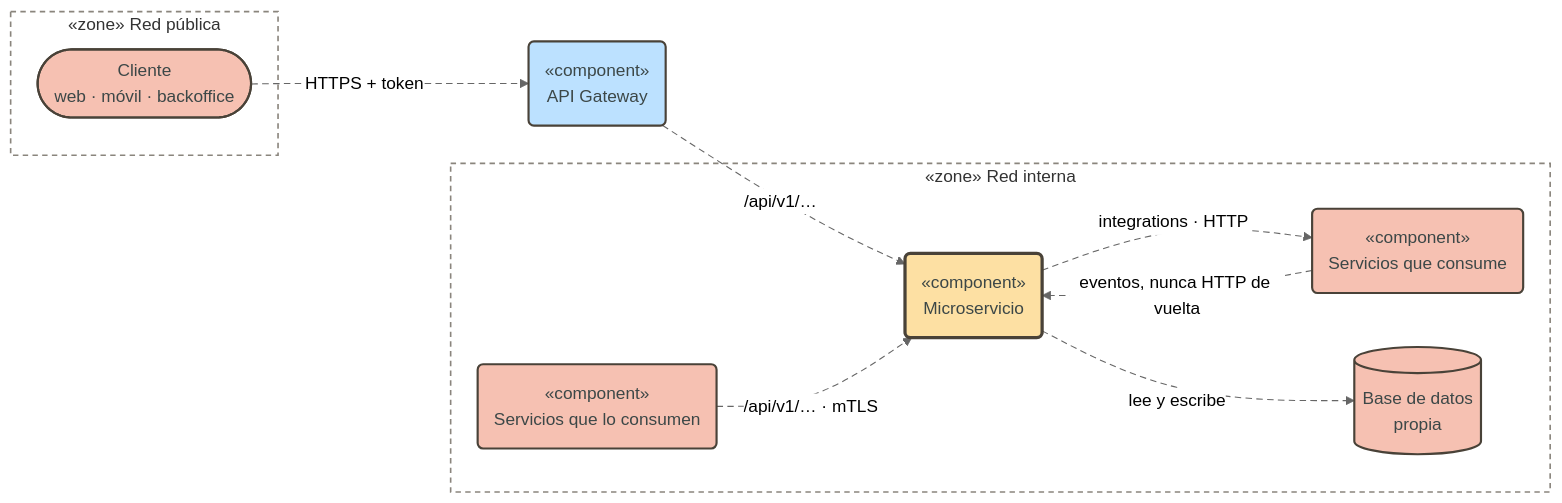
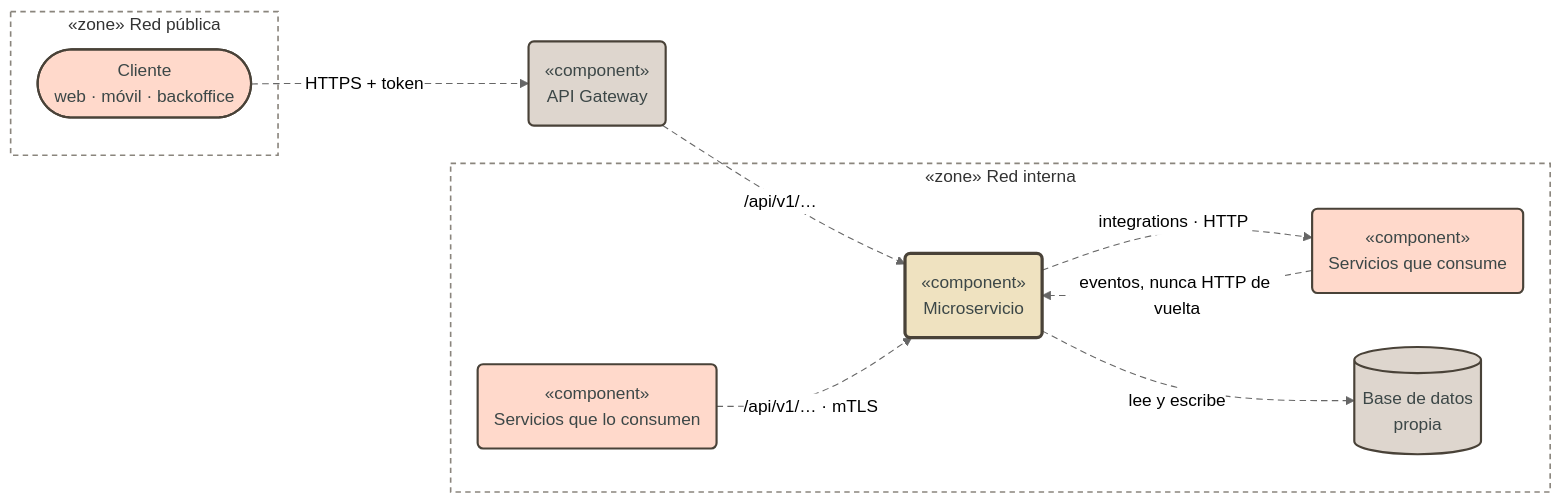
Before and after one commit to pcarroza91/nest-template: the first of 15 diagrams in docs/architecture/modular-microservice.md, drawn with Mermaid (neutral theme). The commit also changed other lines of this file and 2 other files, not shown here.

First line of the commit message:
docs(architecture): colores por capa y componente en los diagramas Mermaid

````diff
--- a/docs/architecture/modular-microservice.md
+++ b/docs/architecture/modular-microservice.md
@@ -44,30 +44,30 @@
 ```mermaid
 flowchart LR
     subgraph PUB["«zone» Red pública"]
         C(["Cliente<br/>web · móvil · backoffice"])
     end
     GW("«component»<br/>API Gateway")
     subgraph INT["«zone» Red interna"]
         UP("«component»<br/>Servicios que lo consumen")
         MS("«component»<br/>Microservicio")
         DOWN("«component»<br/>Servicios que consume")
         DB[("Base de datos<br/>propia")]
     end
 
     C -- "HTTPS + token" --> GW
     GW -- "/api/v1/…" --> MS
     UP -- "/api/v1/… · mTLS" --> MS
     MS -- "integrations · HTTP" --> DOWN
     DOWN -. "eventos, nunca HTTP de vuelta" .-> MS
     MS -- "lee y escribe" --> DB
 
-    classDef entry fill:#bce1ff,stroke:#494238,stroke-width:2px,color:#3c4747
-    classDef ext fill:#f6c1b2,stroke:#494238,stroke-width:2px,color:#3c4747
-    classDef main fill:#fde0a3,stroke:#494238,stroke-width:3px,color:#3c4747
+    classDef external fill:#ffd9cb,stroke:#494238,stroke-width:2px,color:#3c4747
+    classDef infra fill:#ded6ce,stroke:#494238,stroke-width:2px,color:#3c4747
+    classDef main fill:#efe2c0,stroke:#494238,stroke-width:3px,color:#3c4747
     classDef pkg fill:transparent,stroke:#8a857d,stroke-width:1.5px,stroke-dasharray:5 4
-    class GW entry
-    class C,UP,DOWN,DB ext
+    class C,UP,DOWN external
+    class GW,DB infra
     class MS main
     class PUB,INT pkg
     linkStyle default stroke-dasharray:6 4
 ```
````
